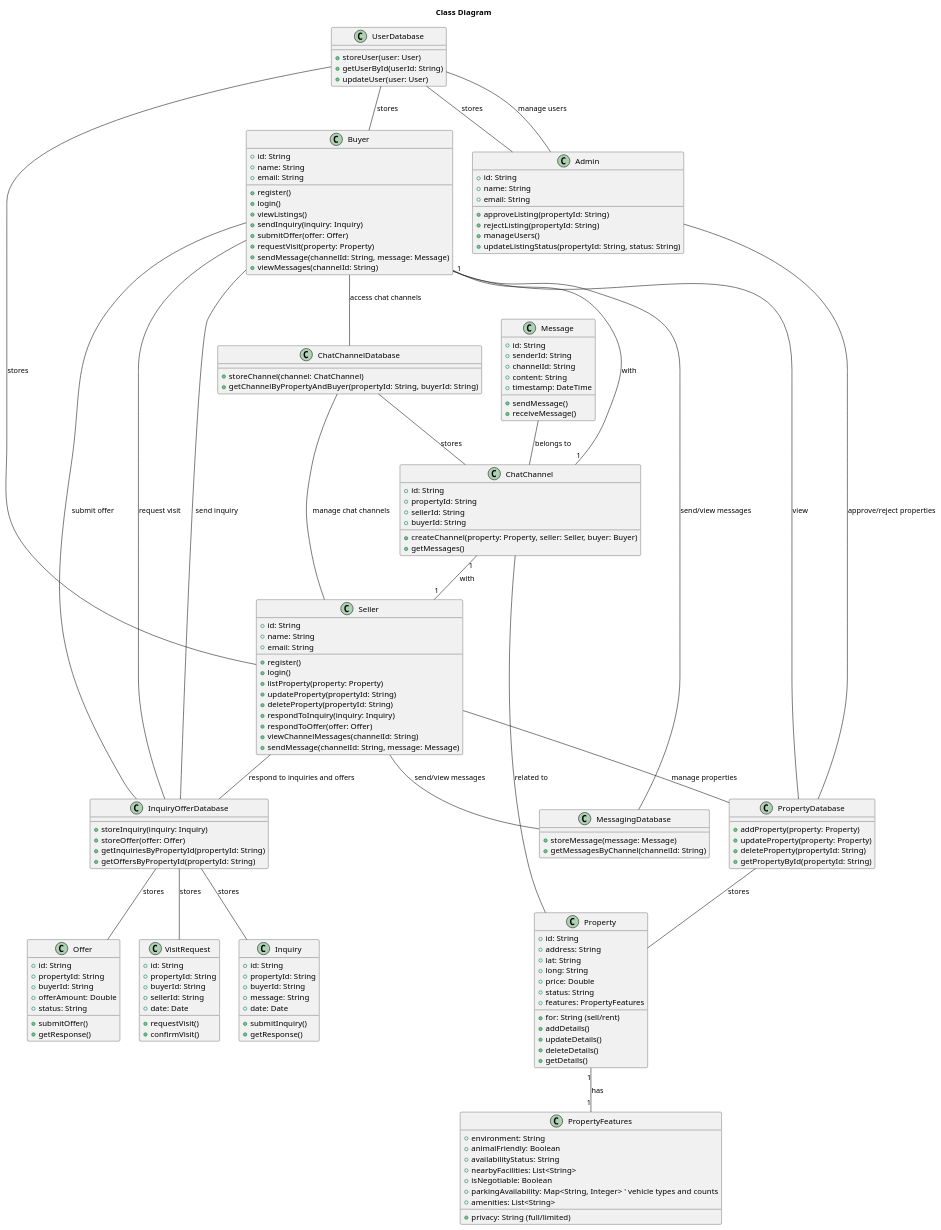
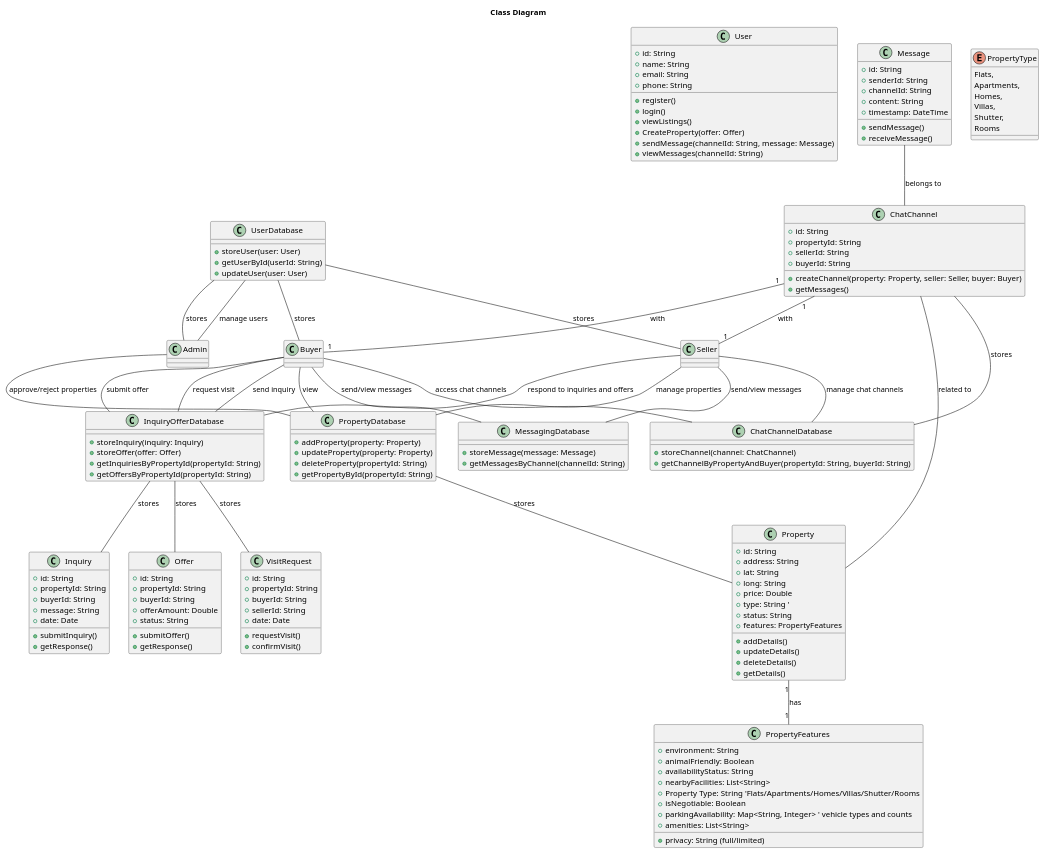
The diagram in Classs/ClassDiagram.puml (shankarkharel/Realestate-elaboration), drawn with PlantUML before and after one commit. The commit also changed 3 other files, not shown here.

```diff
--- a/Classs/ClassDiagram.puml
+++ b/Classs/ClassDiagram.puml
@@ -1,183 +1,181 @@
 @startuml RealEstateApplicationClassDiagram
 
 title Class Diagram 
 
 ' Define the main classes
-class Buyer {
+class User {
     +id: String
     +name: String
     +email: String
+    +phone: String
     +register()
     +login()
     +viewListings()
-    +sendInquiry(inquiry: Inquiry)
-    +submitOffer(offer: Offer)
-    +requestVisit(property: Property)
+    +CreateProperty(offer: Offer)
     +sendMessage(channelId: String, message: Message)
     +viewMessages(channelId: String)
 }
 
-class Seller {
-    +id: String
-    +name: String
-    +email: String
-    +register()
-    +login()
-    +listProperty(property: Property)
-    +updateProperty(propertyId: String)
-    +deleteProperty(propertyId: String)
-    +respondToInquiry(inquiry: Inquiry)
-    +respondToOffer(offer: Offer)
-    +viewChannelMessages(channelId: String)
-    +sendMessage(channelId: String, message: Message)
-}
 
-class Admin {
-    +id: String
-    +name: String
-    +email: String
-    +approveListing(propertyId: String)
-    +rejectListing(propertyId: String)
-    +manageUsers()
-    +updateListingStatus(propertyId: String, status: String)
-}
+
+' class Admin {
+'     +id: String
+'     +name: String
+'     +email: String
+'     +approveListing(propertyId: String)
+'     +rejectListing(propertyId: String)
+'     +manageUsers()
+'     +updateListingStatus(propertyId: String, status: String)
+' }
 
 class Property {
     +id: String
     +address: String
     +lat: String
     +long: String
     +price: Double
-    +for: String (sell/rent)
+    +type: String '
+    ' +for: String (sell/rent)
     +status: String
     +features: PropertyFeatures
     +addDetails()
     +updateDetails()
     +deleteDetails()
     +getDetails()
 }
 
 class PropertyFeatures {
     +environment: String
     +animalFriendly: Boolean
     +privacy: String (full/limited)
     +availabilityStatus: String
     +nearbyFacilities: List<String>
+    +Property Type: String 'Flats/Apartments/Homes/Villas/Shutter/Rooms
     +isNegotiable: Boolean
     +parkingAvailability: Map<String, Integer> ' vehicle types and counts
     +amenities: List<String>
+    
+}
+
+enum PropertyType{
+    Flats,
+    Apartments,
+    Homes,
+    Villas,
+    Shutter,
+    Rooms
 }
 
 class Inquiry {
     +id: String
     +propertyId: String
     +buyerId: String
     +message: String
     +date: Date
     +submitInquiry()
     +getResponse()
 }
 
 class Offer {
     +id: String
     +propertyId: String
     +buyerId: String
     +offerAmount: Double
     +status: String
     +submitOffer()
     +getResponse()
 }
 
 class VisitRequest {
     +id: String
     +propertyId: String
     +buyerId: String
     +sellerId: String
     +date: Date
     +requestVisit()
     +confirmVisit()
 }
 
 class ChatChannel {
     +id: String
     +propertyId: String
     +sellerId: String
     +buyerId: String
     +createChannel(property: Property, seller: Seller, buyer: Buyer)
     +getMessages()
 }
 
 class Message {
     +id: String
     +senderId: String
     +channelId: String
     +content: String
     +timestamp: DateTime
     +sendMessage()
     +receiveMessage()
 }
 
 ' Define databases as classes
 class PropertyDatabase {
     +addProperty(property: Property)
     +updateProperty(property: Property)
     +deleteProperty(propertyId: String)
     +getPropertyById(propertyId: String)
 }
 
 class UserDatabase {
     +storeUser(user: User)
     +getUserById(userId: String)
     +updateUser(user: User)
 }
 
 class InquiryOfferDatabase {
     +storeInquiry(inquiry: Inquiry)
     +storeOffer(offer: Offer)
     +getInquiriesByPropertyId(propertyId: String)
     +getOffersByPropertyId(propertyId: String)
 }
 
 class MessagingDatabase {
     +storeMessage(message: Message)
     +getMessagesByChannel(channelId: String)
 }
 
 class ChatChannelDatabase {
     +storeChannel(channel: ChatChannel)
     +getChannelByPropertyAndBuyer(propertyId: String, buyerId: String)
 }
 
 ' Relationships
 Buyer -- PropertyDatabase : "view"
 Buyer -- InquiryOfferDatabase : "send inquiry"
 Buyer -- InquiryOfferDatabase : "submit offer"
 Buyer -- InquiryOfferDatabase : "request visit"
 Buyer -- ChatChannelDatabase : "access chat channels"
 Buyer -- MessagingDatabase : "send/view messages"
 
 Seller -- PropertyDatabase : "manage properties"
 Seller -- InquiryOfferDatabase : "respond to inquiries and offers"
 Seller -- ChatChannelDatabase : "manage chat channels"
 Seller -- MessagingDatabase : "send/view messages"
 
 Admin -- PropertyDatabase : "approve/reject properties"
 Admin -- UserDatabase : "manage users"
 
 PropertyDatabase -- Property : "stores"
 UserDatabase -- Buyer : "stores"
 UserDatabase -- Seller : "stores"
 UserDatabase -- Admin : "stores"
 
 InquiryOfferDatabase -- Inquiry : "stores"
 InquiryOfferDatabase -- Offer : "stores"
 InquiryOfferDatabase -- VisitRequest : "stores"
 
 Property "1" -- "1" PropertyFeatures : "has"
 Message -- ChatChannel : "belongs to"
 ChatChannel -- Property : "related to"
 ChatChannelDatabase -- ChatChannel : "stores"
 ChatChannel "1" -- "1" Seller : "with"
 ChatChannel "1" -- "1" Buyer : "with"
 
 @enduml
```
